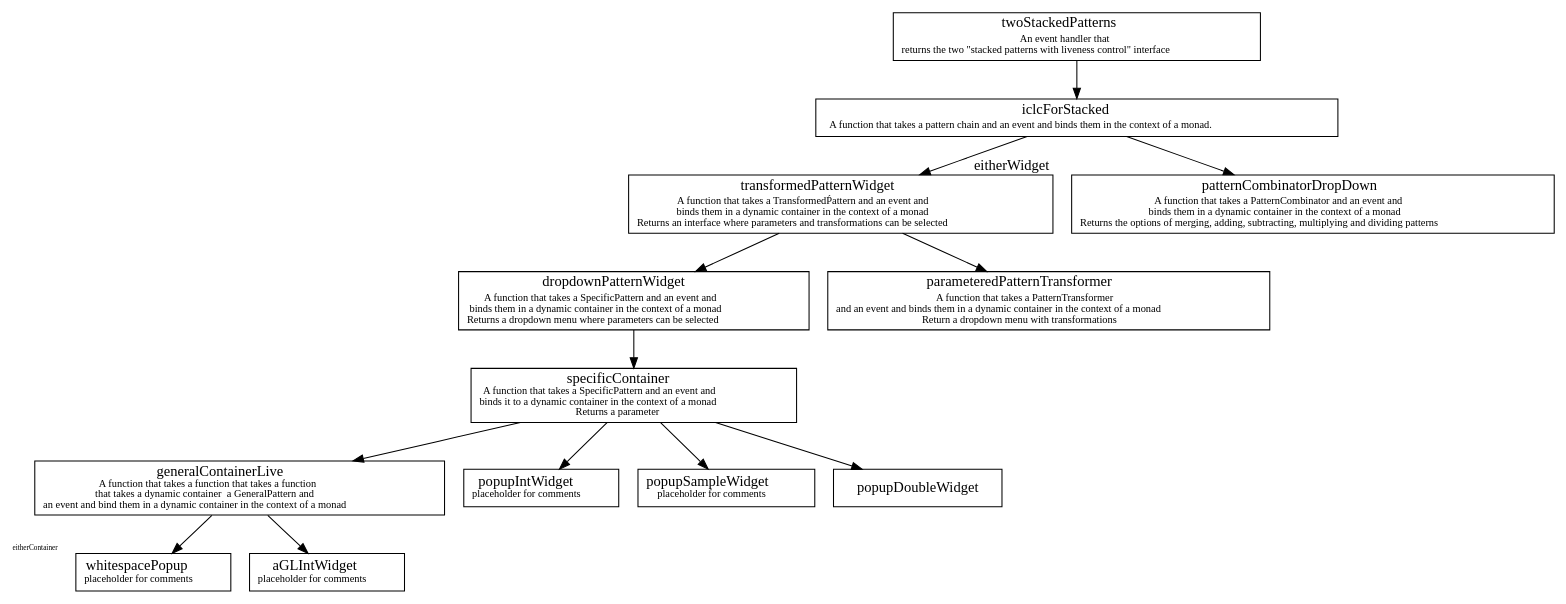
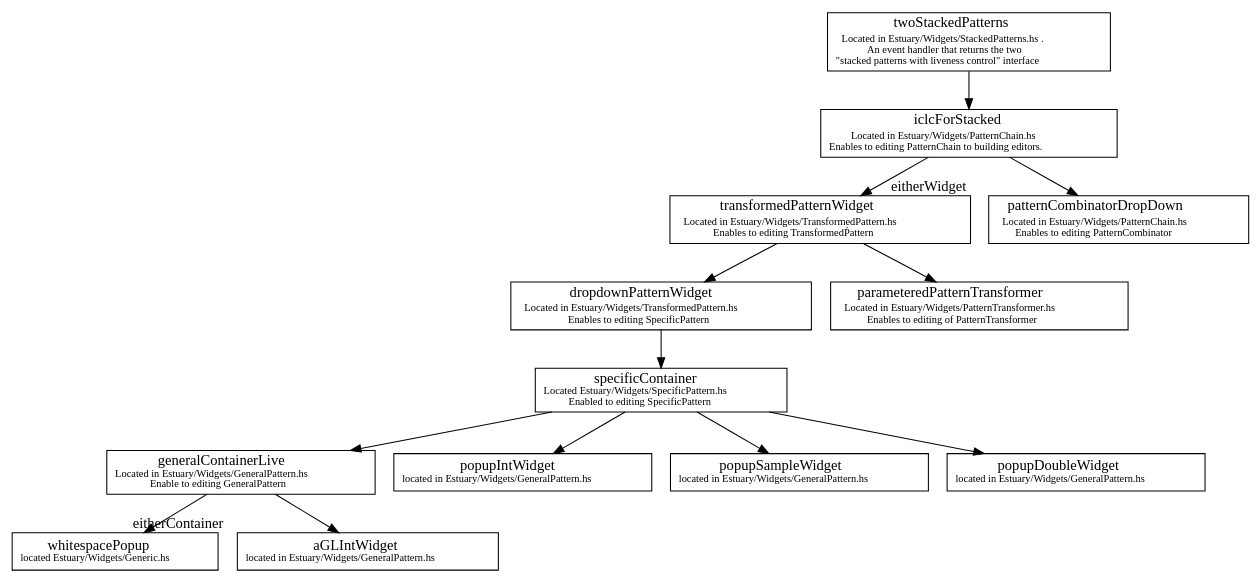
One commit to dktr0/estuary changed the diagram in map/twoStackedPatterns.dot. Above: the diagram before and after it, drawn with Graphviz. The commit also changed 1 other file, not shown here.

Commit message:
twoStackedPattern finished

```diff
--- a/map/twoStackedPatterns.dot
+++ b/map/twoStackedPatterns.dot
@@ -1,32 +1,32 @@
 digraph twoStackedPatterns {
               node [shape=record, labelloc=b];
-              twoStackedPatterns [label=<twoStackedPatterns<BR /> <FONT POINT-SIZE="10">An event handler that <BR /> returns the two "stacked patterns with liveness control" interface </FONT>>];
-              iclcForStacked [label=<iclcForStacked<BR /> <FONT POINT-SIZE="10"> A function that takes a pattern chain and an event and binds them in the context of a monad. </FONT>> ];
-              transformedPatternWidget [label=<transformedPatternWidget<BR /> <FONT POINT-SIZE="10">A function that takes a TransformedṔattern and an event and  <BR /> binds them in a dynamic container in the context of a monad <BR /> Returns an interface where parameters and transformations can be selected</FONT>> ];
-              patternCombinatorDropDown [label=<patternCombinatorDropDown<BR /> <FONT POINT-SIZE="10">A function that takes a PatternCombinator and an event and <BR /> binds them in a dynamic container in the context of a monad <BR /> Returns the options of merging, adding, subtracting, multiplying and dividing patterns</FONT>>, xlabel=<eitherWidget>];
-              dropdownPatternWidget [label=<dropdownPatternWidget<BR /> <FONT POINT-SIZE="10"> A function that takes a SpecificPattern and an event and <BR /> binds them in a dynamic container in the context of a monad <BR /> Returns a dropdown menu where parameters can be selected </FONT>>];
-              parameteredPatternTransformer [label=<parameteredPatternTransformer<BR /> <FONT POINT-SIZE="10">A function that takes a PatternTransformer <BR /> and an event and binds them in a dynamic container in the context of a monad <BR /> Return a dropdown menu with transformations</FONT>>];
-              whitespacePopup [xlabel=<<FONT POINT-SIZE="7"> eitherContainer</FONT>>];
-              specificContainer [label=<specificContainer <BR/><FONT POINT-SIZE="10">A function that takes a SpecificPattern and an event and <BR /> binds it to a dynamic container in the context of a monad <BR /> Returns a parameter </FONT>>];
-              generalContainerLive [label=<generalContainerLive <BR/><FONT POINT-SIZE="10">A function that takes a function that takes a function <BR /> that takes a dynamic container  a GeneralPattern and <BR /> an event and bind them in a dynamic container in the context of a monad</FONT>>];
-              popupIntWidget [label=<popupIntWidget <BR/><FONT POINT-SIZE="10">placeholder for comments</FONT>>];
-              popupSampleWidget [label=<popupSampleWidget <BR/><FONT POINT-SIZE="10">placeholder for comments</FONT>>];
-              whitespacePopup [label=<whitespacePopup <BR/><FONT POINT-SIZE="10">placeholder for comments</FONT>>];
-              aGLWidget [label=<aGLIntWidget <BR/><FONT POINT-SIZE="10">placeholder for comments</FONT>>];
+              twoStackedPatterns [label=<twoStackedPatterns<BR /> <FONT POINT-SIZE="10">Located in Estuary/Widgets/StackedPatterns.hs . <BR />An event handler that returns the two <BR /> "stacked patterns with liveness control" interface </FONT>>];
+              iclcForStacked [label=<iclcForStacked<BR /> <FONT POINT-SIZE="10"> Located in Estuary/Widgets/PatternChain.hs <BR /> Enables to editing PatternChain to building editors. </FONT>> ];
+              transformedPatternWidget [label=<transformedPatternWidget<BR /> <FONT POINT-SIZE="10"> Located in Estuary/Widgets/TransformedPattern.hs <BR /> Enables to editing TransformedṔattern </FONT>> ];
+              patternCombinatorDropDown [label=<patternCombinatorDropDown<BR /> <FONT POINT-SIZE="10">Located in Estuary/Widgets/PatternChain.hs <BR /> Enables to editing PatternCombinator </FONT>>, xlabel=<eitherWidget>];
+              dropdownPatternWidget [label=<dropdownPatternWidget<BR /> <FONT POINT-SIZE="10"> Located in Estuary/Widgets/TransformedPattern.hs <BR /> Enables to editing SpecificPattern </FONT>>];
+              parameteredPatternTransformer [label=<parameteredPatternTransformer<BR /> <FONT POINT-SIZE="10"> Located in Estuary/Widgets/PatternTransformer.hs <BR /> Enables to editing of PatternTransformer </FONT>>];
+              specificContainer [label=<specificContainer <BR/><FONT POINT-SIZE="10">Located Estuary/Widgets/SpecificPattern.hs <BR /> Enabled to editing SpecificPattern</FONT>>];
+              generalContainerLive [label=<generalContainerLive <BR/><FONT POINT-SIZE="10"> Located in Estuary/Widgets/GeneralPattern.hs <BR /> Enable to editing GeneralPattern </FONT>>];
+              popupIntWidget [label=<popupIntWidget <BR/><FONT POINT-SIZE="10">located in Estuary/Widgets/GeneralPattern.hs</FONT>>];
+              popupSampleWidget [label=<popupSampleWidget <BR/><FONT POINT-SIZE="10">located in Estuary/Widgets/GeneralPattern.hs</FONT>>];
+              popupDoubleWidget [label = <popupDoubleWidget <BR/><FONT POINT-SIZE="10">located in Estuary/Widgets/GeneralPattern.hs</FONT>>];
+              whitespacePopup [label=<whitespacePopup <BR/><FONT POINT-SIZE="10">located Estuary/Widgets/Generic.hs</FONT>>];
+              aGLWidget [label=<aGLIntWidget <BR/><FONT POINT-SIZE="10">located in Estuary/Widgets/GeneralPattern.hs </FONT>>, xlabel= eitherContainer];
 
               twoStackedPatterns -> iclcForStacked
               iclcForStacked -> transformedPatternWidget
               iclcForStacked -> patternCombinatorDropDown
               transformedPatternWidget -> dropdownPatternWidget
               dropdownPatternWidget -> specificContainer
               specificContainer -> generalContainerLive
               generalContainerLive -> aGLWidget
               generalContainerLive -> whitespacePopup
 
 //specificContainer right branch
               specificContainer -> popupDoubleWidget
               specificContainer -> popupIntWidget
               specificContainer -> popupSampleWidget
 
               transformedPatternWidget -> parameteredPatternTransformer
 }
```
